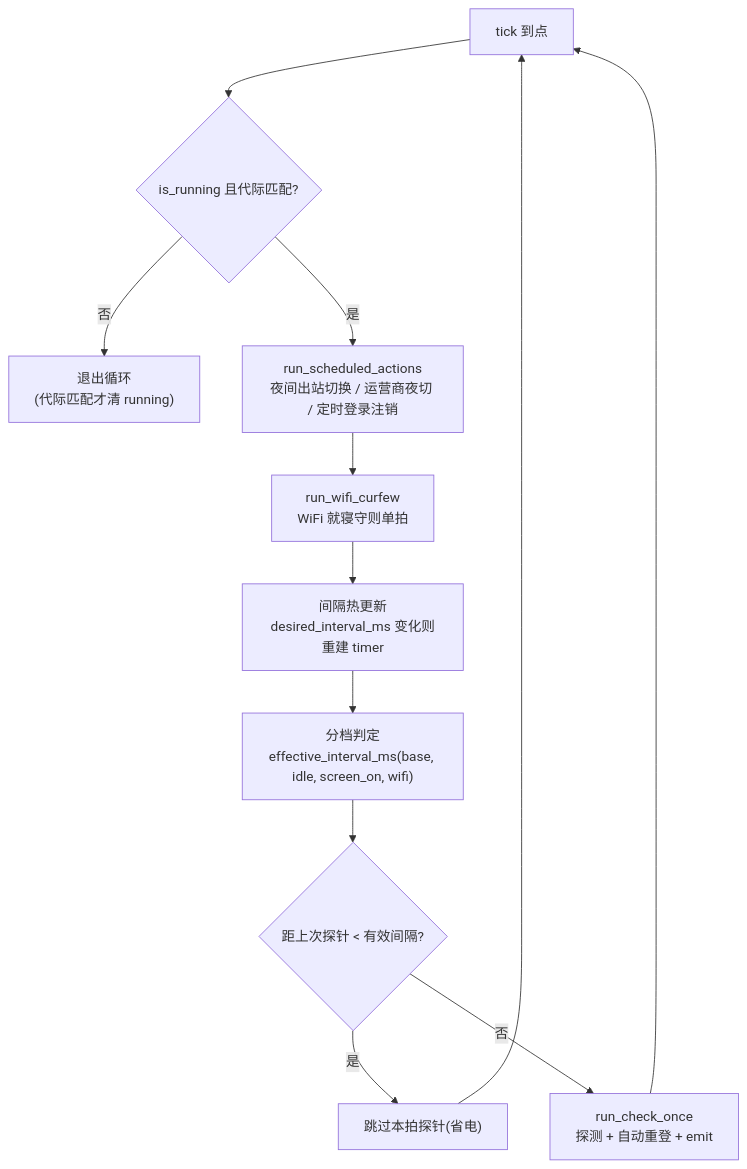
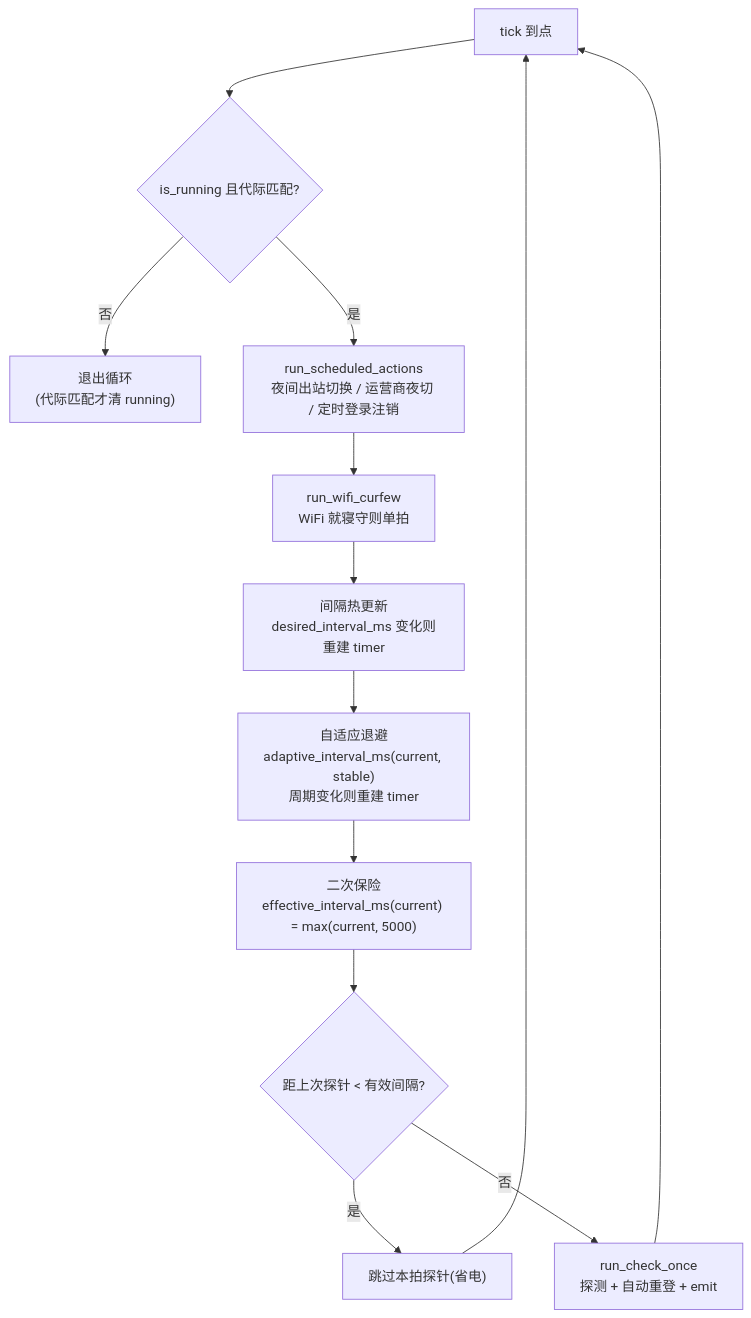
One commit to ikliml666/Wxxy-CampusLogin changed the third of 8 diagrams in .codewiki/modules/android-backend-tauri-monitoring.md. Above: the diagram before and after it, drawn with Mermaid. The commit also changed other lines of this file and 20 other files, not shown here.

````diff
--- a/.codewiki/modules/android-backend-tauri-monitoring.md
+++ b/.codewiki/modules/android-backend-tauri-monitoring.md
@@ -98,14 +115,15 @@
 ```mermaid
 flowchart TD
     T["tick 到点"] --> G{"is_running 且代际匹配?"}
     G -->|否| EXIT["退出循环<br/>(代际匹配才清 running)"]
     G -->|是| S1["run_scheduled_actions<br/>夜间出站切换 / 运营商夜切 / 定时登录注销"]
     S1 --> S2["run_wifi_curfew<br/>WiFi 就寝守则单拍"]
     S2 --> S3["间隔热更新<br/>desired_interval_ms 变化则重建 timer"]
-    S3 --> S4["分档判定<br/>effective_interval_ms(base, idle, screen_on, wifi)"]
+    S3 --> S3B["自适应退避<br/>adaptive_interval_ms(current, stable)<br/>周期变化则重建 timer"]
+    S3B --> S4["二次保险<br/>effective_interval_ms(current) = max(current, 5000)"]
     S4 --> S5{"距上次探针 < 有效间隔?"}
     S5 -->|是| SKIP["跳过本拍探针(省电)"]
     S5 -->|否| S6["run_check_once<br/>探测 + 自动重登 + emit"]
     SKIP --> T
     S6 --> T
 ```
````
